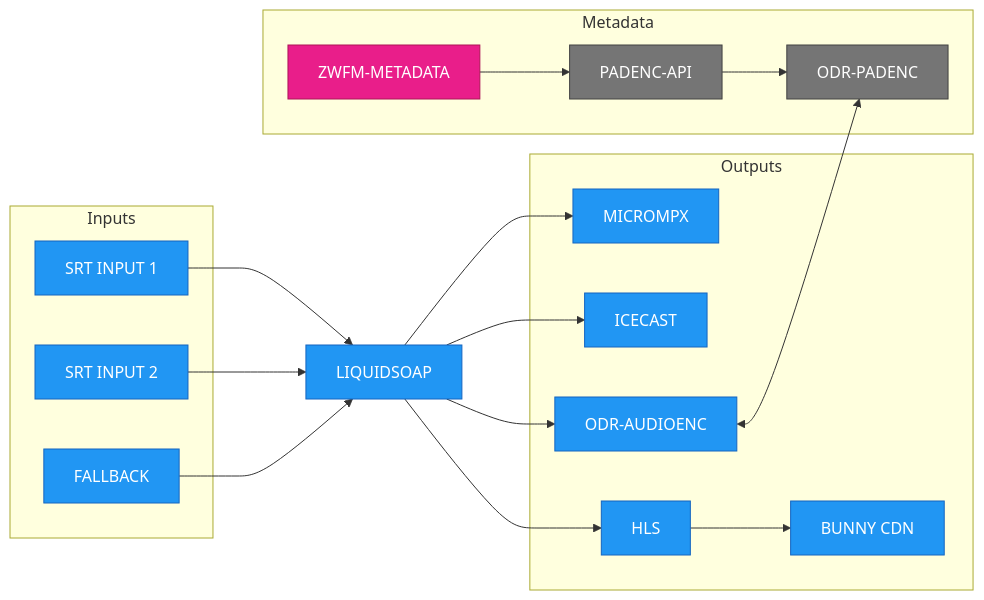
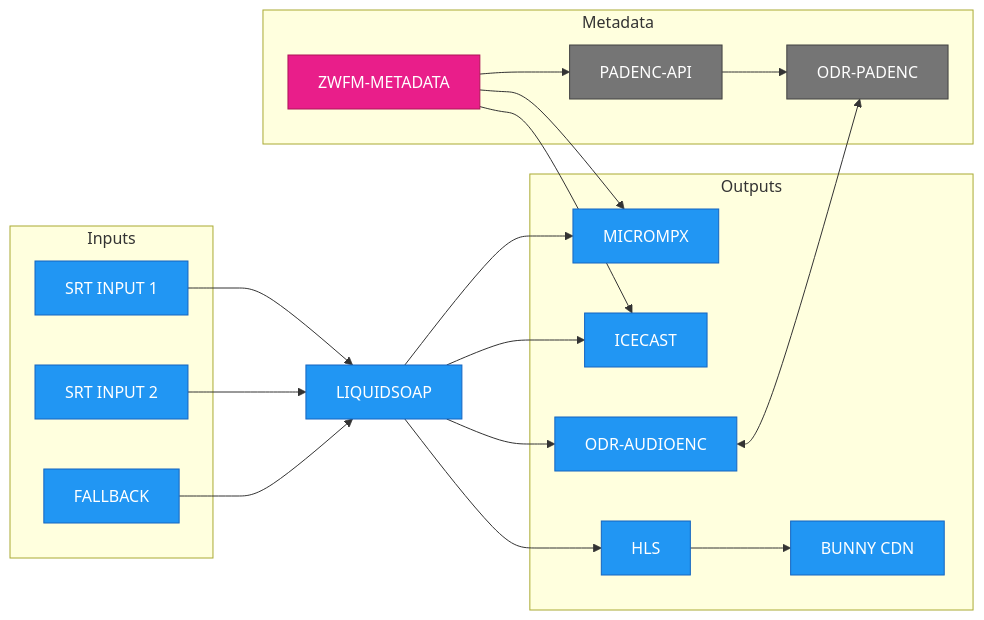
One commit to oszuidwest/zwfm-liquidsoap changed the diagram in README.md. Above: the diagram before and after it, drawn with Mermaid.

Commit message:
docs: add metadata output connections

````diff
--- a/README.md
+++ b/README.md
@@ -17,46 +17,48 @@
 ```mermaid
 flowchart LR
     subgraph inputs [" Inputs "]
         SRT1["SRT INPUT 1"]
         SRT2["SRT INPUT 2"]
         FALLBACK["FALLBACK"]
     end
 
     LIQUIDSOAP["LIQUIDSOAP"]
 
     subgraph outputs [" Outputs "]
         MICROMPX["MICROMPX"]
         ICECAST["ICECAST"]
         HLS["HLS"]
         BUNNY["BUNNY CDN"]
         ODR["ODR-AUDIOENC"]
     end
 
     subgraph metadata [" Metadata "]
         PADENC["ODR-PADENC"]
         PADAPI["PADENC-API"]
         ZWFM["ZWFM-METADATA"]
     end
 
     SRT1 --> LIQUIDSOAP
     SRT2 --> LIQUIDSOAP
     FALLBACK --> LIQUIDSOAP
 
     LIQUIDSOAP --> MICROMPX
     LIQUIDSOAP --> ICECAST
     LIQUIDSOAP --> HLS
     HLS --> BUNNY
     LIQUIDSOAP --> ODR
 
     ODR <--> PADENC
     PADAPI --> PADENC
     ZWFM --> PADAPI
+    ZWFM --> ICECAST
+    ZWFM --> MICROMPX
 
     classDef blue fill:#2196F3,stroke:#1565C0,color:#fff
     classDef gray fill:#757575,stroke:#424242,color:#fff
     classDef pink fill:#E91E8A,stroke:#AD1457,color:#fff
 
     class SRT1,SRT2,FALLBACK,LIQUIDSOAP,MICROMPX,ICECAST,HLS,BUNNY,ODR blue
     class PADENC,PADAPI gray
     class ZWFM pink
 ```
````
